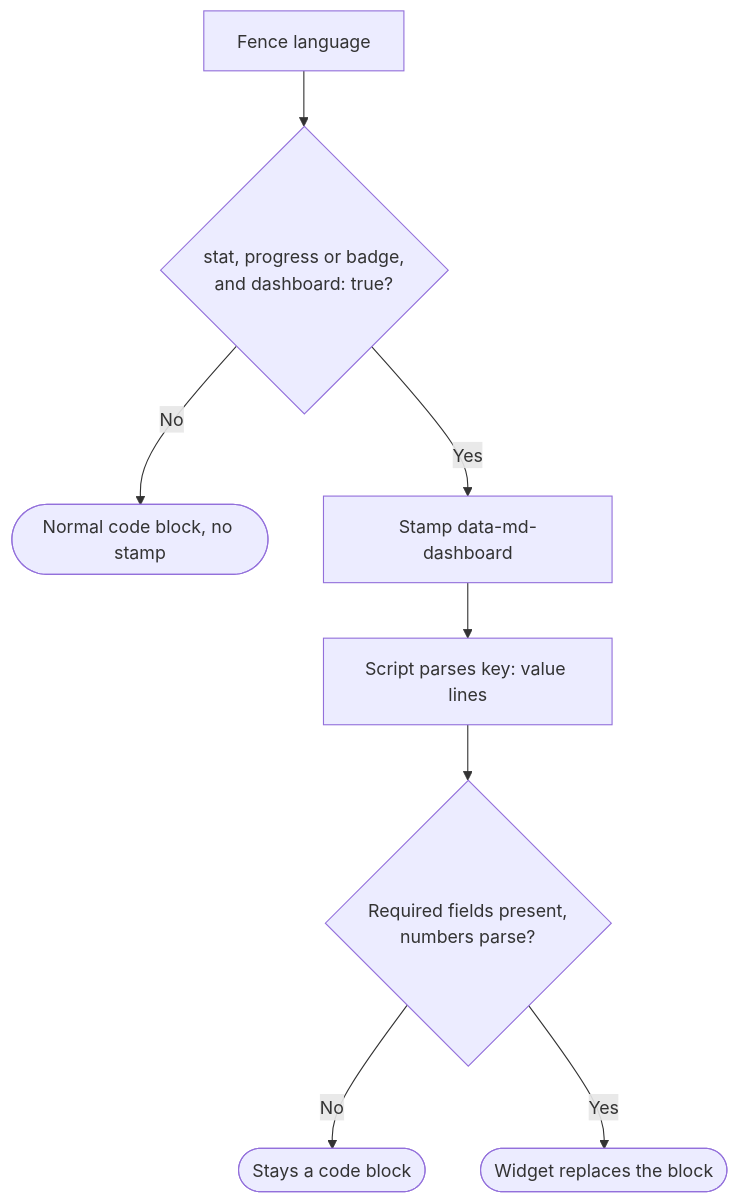
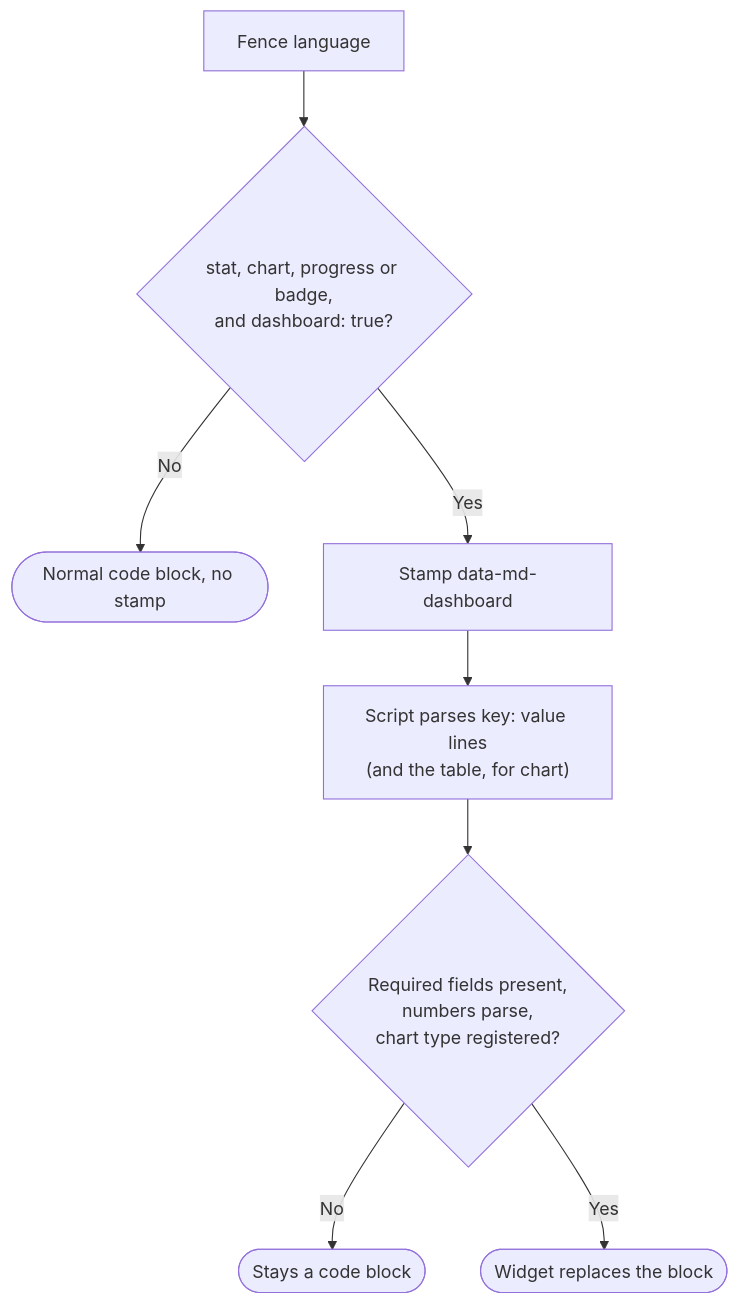
One commit to bluzky/daisy-app changed the fourth of 4 diagrams in docs/features/markdown-dashboard.md. Above: the diagram before and after it, drawn with Mermaid. The commit also changed other lines of this file and 15 other files, not shown here.

First line of the commit message:
Add dashboard charts and a shared semantic palette

````diff
--- a/docs/features/markdown-dashboard.md
+++ b/docs/features/markdown-dashboard.md
@@ -158,10 +221,10 @@
 ```mermaid
 flowchart TD
-    A["Fence language"] --> B{"stat, progress or badge,<br/>and dashboard: true?"}
+    A["Fence language"] --> B{"stat, chart, progress or badge,<br/>and dashboard: true?"}
     B -- No --> C(["Normal code block, no stamp"])
     B -- Yes --> D["Stamp data-md-dashboard"]
-    D --> E["Script parses key: value lines"]
-    E --> F{"Required fields present,<br/>numbers parse?"}
+    D --> E["Script parses key: value lines<br/>(and the table, for chart)"]
+    E --> F{"Required fields present,<br/>numbers parse,<br/>chart type registered?"}
     F -- No --> G(["Stays a code block"])
     F -- Yes --> H(["Widget replaces the block"])
 ```
````
